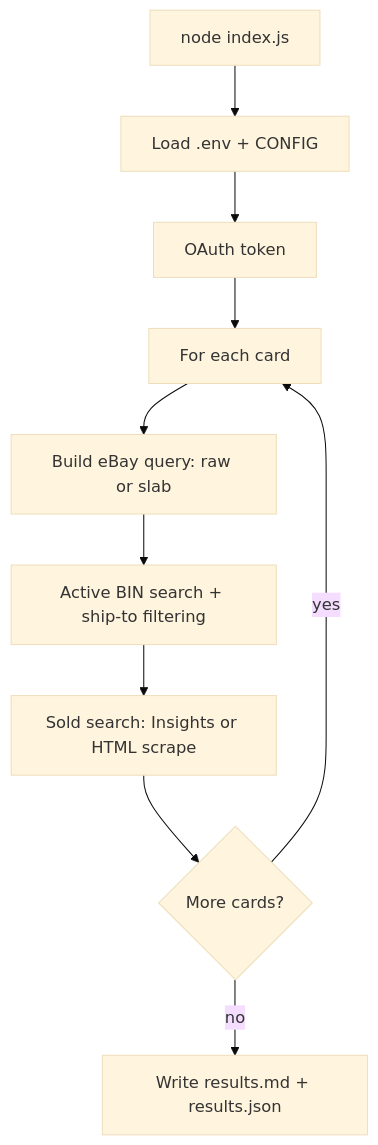
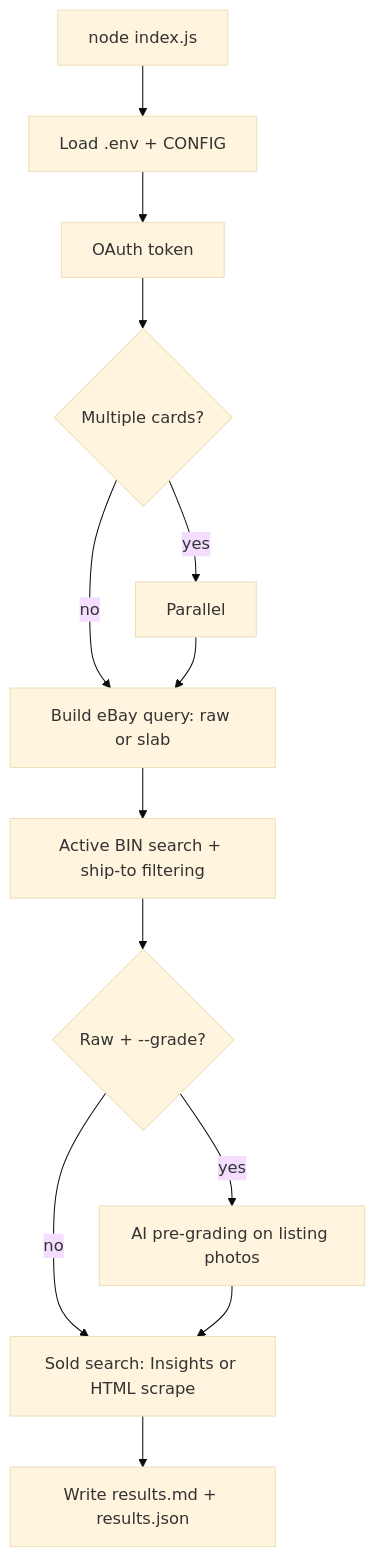
One commit to Pyronewbic/casecomp changed the diagram in README.md. Above: the diagram before and after it, drawn with Mermaid (base theme). The commit also changed other lines of this file, not shown here.

````diff
--- a/README.md
+++ b/README.md
@@ -101,12 +111,15 @@
 ```mermaid
 flowchart TD
   A[node index.js] --> B[Load .env + CONFIG]
   B --> C[OAuth token]
-  C --> D[For each card]
-  D --> E[Build eBay query: raw or slab]
+  C --> D{Multiple cards?}
+  D -->|yes| P[Parallel]
+  D -->|no| E
+  P --> E[Build eBay query: raw or slab]
   E --> F[Active BIN search + ship-to filtering]
-  F --> G[Sold search: Insights or HTML scrape]
-  G --> H{More cards?}
-  H -->|yes| D
-  H -->|no| I[Write results.md + results.json]
+  F --> G{Raw + --grade?}
+  G -->|yes| H[AI pre-grading on listing photos]
+  G -->|no| J[Sold search: Insights or HTML scrape]
+  H --> J
+  J --> I[Write results.md + results.json]
 ```
````
